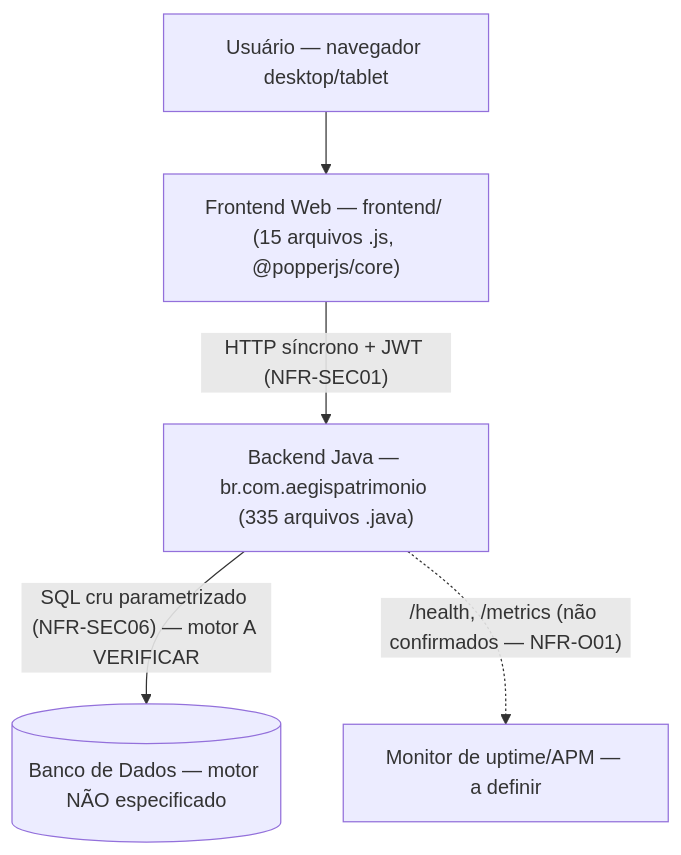
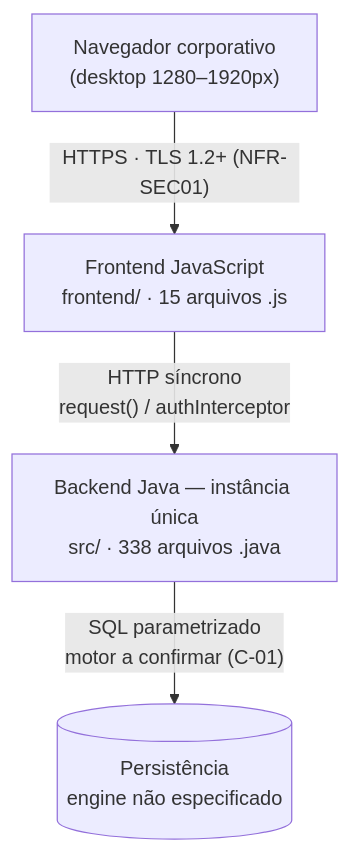
The diagram in docs/03-architecture/system-architecture.md (diogo-rp-menezes/aegispatrimonio), drawn with Mermaid before and after one commit. The commit also changed other lines of this file and 49 other files, not shown here.

````diff
--- a/docs/03-architecture/system-architecture.md
+++ b/docs/03-architecture/system-architecture.md
@@ -152,7 +175,6 @@
 ```mermaid
 graph TB
-    U["Usuário — navegador desktop/tablet"] --> FE["Frontend Web — frontend/ (15 arquivos .js, @popperjs/core)"]
-    FE -->|"HTTP síncrono + JWT (NFR-SEC01)"| BE["Backend Java — br.com.aegispatrimonio (335 arquivos .java)"]
-    BE -->|"SQL cru parametrizado (NFR-SEC06) — motor A VERIFICAR"| DB[("Banco de Dados — motor NÃO especificado")]
-    BE -.->|"/health, /metrics (não confirmados — NFR-O01)"| MON["Monitor de uptime/APM — a definir"]
+    Browser["Navegador corporativo<br>(desktop 1280–1920px)"] -->|"HTTPS · TLS 1.2+ (NFR-SEC01)"| FE["Frontend JavaScript<br>frontend/ · 15 arquivos .js"]
+    FE -->|"HTTP síncrono<br>request() / authInterceptor"| APP["Backend Java — instância única<br>src/ · 338 arquivos .java"]
+    APP -->|"SQL parametrizado<br>motor a confirmar (C-01)"| DB[("Persistência<br>engine não especificado")]
 ```
````
